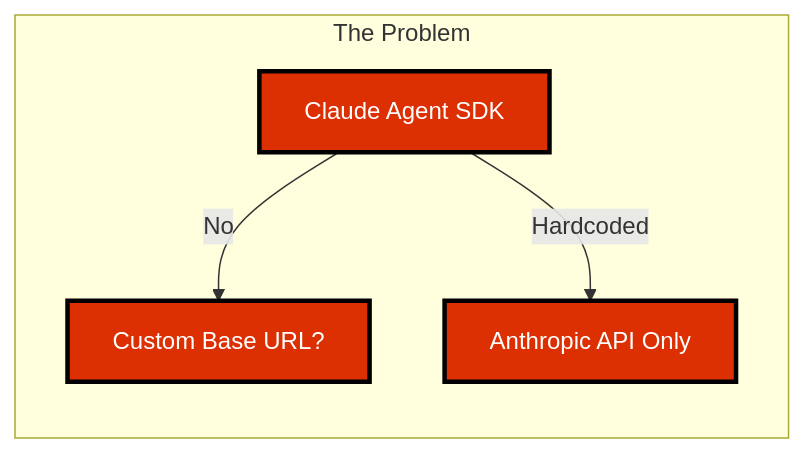
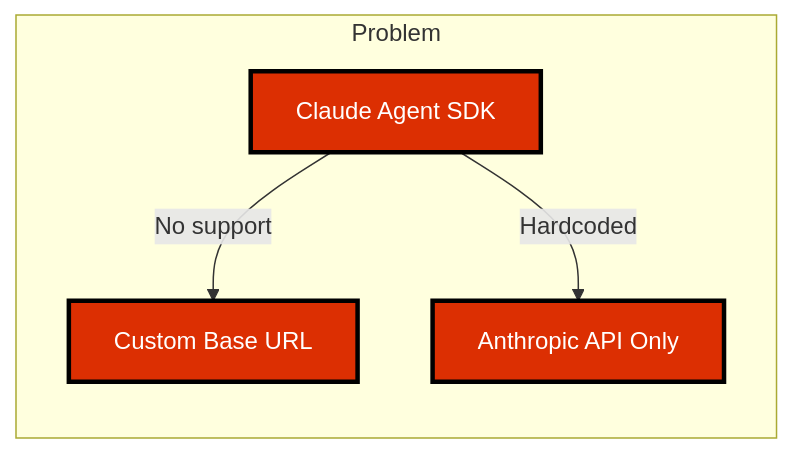
The second of 4 diagrams in docs/GLM-4.7_INTEGRATION_RESEARCH.md (whezagl/convex-poc), drawn with Mermaid before and after one commit. The commit also changed other lines of this file and 5 other files, not shown here.

````diff
--- a/docs/GLM-4.7_INTEGRATION_RESEARCH.md
+++ b/docs/GLM-4.7_INTEGRATION_RESEARCH.md
@@ -93,15 +93,15 @@
 ```mermaid
 flowchart LR
-    subgraph Problem["The Problem"]
+    subgraph Problem
         CLAUDE_SDK[Claude Agent SDK]
-        CUSTOM_BASE[Custom Base URL?]
+        CUSTOM_BASE[Custom Base URL]
         ANTH_API[Anthropic API Only]
     end
 
-    CLAUDE_SDK -->|No| CUSTOM_BASE
+    CLAUDE_SDK -->|No support| CUSTOM_BASE
     CLAUDE_SDK -->|Hardcoded| ANTH_API
 
     style CLAUDE_SDK fill:#DC2F02,stroke:#000,stroke-width:3px,color:#fff
     style CUSTOM_BASE fill:#DC2F02,stroke:#000,stroke-width:3px,color:#fff
     style ANTH_API fill:#DC2F02,stroke:#000,stroke-width:3px,color:#fff
 ```
````
